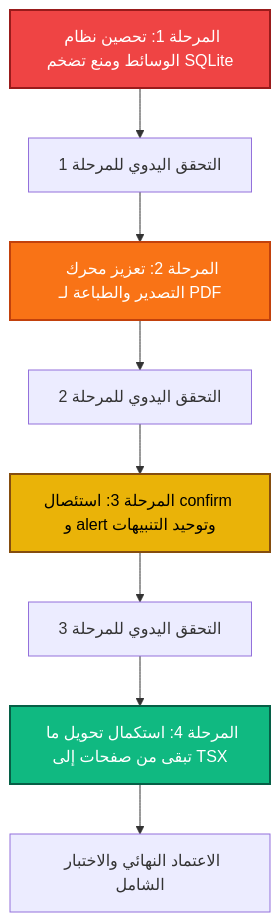
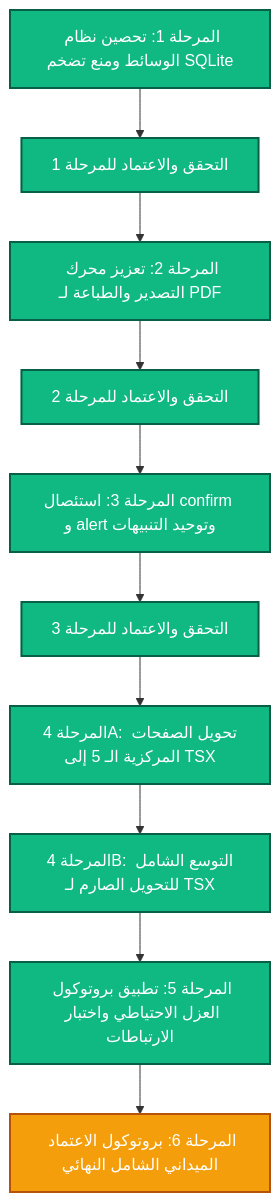
The diagram in SYSTEM_STABILIZATION_AND_PERFORMANCE_ROADMAP.md (wittybrandcode/ScriptFlow), drawn with Mermaid before and after one commit. The commit also changed other lines of this file and 31 other files, not shown here.

````diff
--- a/SYSTEM_STABILIZATION_AND_PERFORMANCE_ROADMAP.md
+++ b/SYSTEM_STABILIZATION_AND_PERFORMANCE_ROADMAP.md
@@ -33,15 +35,16 @@
 ```mermaid
 graph TD
-    classDef p1 fill:#ef4444,stroke:#991b1b,stroke-width:2px,color:#fff;
-    classDef p2 fill:#f97316,stroke:#c2410c,stroke-width:2px,color:#fff;
-    classDef p3 fill:#eab308,stroke:#854d0e,stroke-width:2px,color:#000;
-    classDef p4 fill:#10b981,stroke:#065f46,stroke-width:2px,color:#fff;
+    classDef done fill:#10b981,stroke:#065f46,stroke-width:2px,color:#fff;
+    classDef inprog fill:#f59e0b,stroke:#b45309,stroke-width:2px,color:#fff;
+    classDef pending fill:#6366f1,stroke:#4338ca,stroke-width:2px,color:#fff;
 
-    P1[المرحلة 1: تحصين نظام الوسائط ومنع تضخم SQLite]:::p1 --> V1[التحقق اليدوي للمرحلة 1]
-    V1 --> P2[المرحلة 2: تعزيز محرك التصدير والطباعة لـ PDF]:::p2
-    P2 --> V2[التحقق اليدوي للمرحلة 2]
-    V2 --> P3[المرحلة 3: استئصال confirm و alert وتوحيد التنبيهات]:::p3
-    P3 --> V3[التحقق اليدوي للمرحلة 3]
-    V3 --> P4[المرحلة 4: استكمال تحويل ما تبقى من صفحات إلى TSX]:::p4
-    P4 --> V4[الاعتماد النهائي والاختبار الشامل]
+    P1[المرحلة 1: تحصين نظام الوسائط ومنع تضخم SQLite]:::done --> V1[التحقق والاعتماد للمرحلة 1]:::done
+    V1 --> P2[المرحلة 2: تعزيز محرك التصدير والطباعة لـ PDF]:::done
+    P2 --> V2[التحقق والاعتماد للمرحلة 2]:::done
+    V2 --> P3[المرحلة 3: استئصال confirm و alert وتوحيد التنبيهات]:::done
+    P3 --> V3[التحقق والاعتماد للمرحلة 3]:::done
+    V3 --> P4A[المرحلة 4A: تحويل الصفحات المركزية الـ 5 إلى TSX]:::done
+    P4A --> P4B[المرحلة 4B: التوسع الشامل للتحويل الصارم لـ TSX]:::done
+    P4B --> P5[المرحلة 5: تطبيق بروتوكول العزل الاحتياطي واختبار الارتباطات]:::done
+    P5 --> P6[المرحلة 6: بروتوكول الاعتماد الميداني الشامل النهائي]:::inprog
 ```
````
